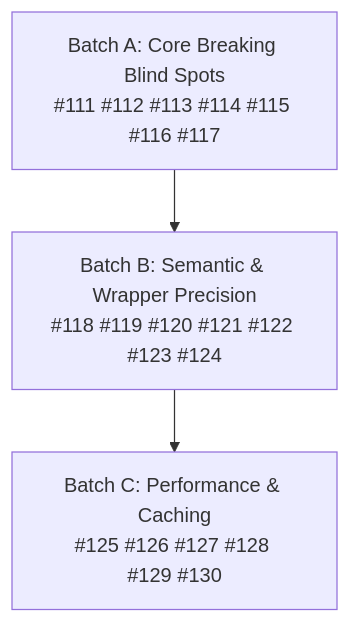
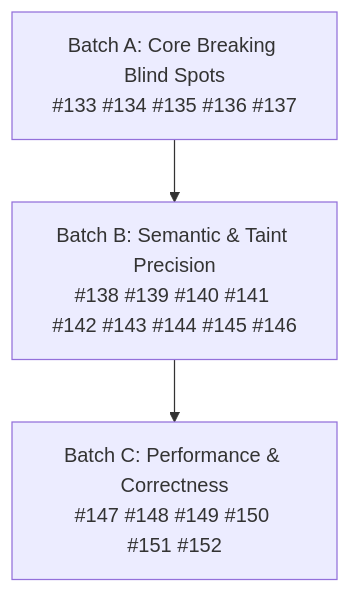
The diagram in docs/roadmap.md (23skdu/terraform_ast), drawn with Mermaid before and after one commit. The commit also changed other lines of this file and 17 other files, not shown here.

Commit message:
feat: resolve Pass 8 roadmap items (#133-#152) and update docs

````diff
--- a/docs/roadmap.md
+++ b/docs/roadmap.md
@@ -524,5 +304,5 @@
 ```mermaid
 flowchart TD
-    A["Batch A: Core Breaking Blind Spots<br/>#111 #112 #113 #114 #115 #116 #117"] --> B["Batch B: Semantic & Wrapper Precision<br/>#118 #119 #120 #121 #122 #123 #124"]
-    B --> C["Batch C: Performance & Caching<br/>#125 #126 #127 #128 #129 #130"]
+    A["Batch A: Core Breaking Blind Spots<br/>#133 #134 #135 #136 #137"] --> B["Batch B: Semantic & Taint Precision<br/>#138 #139 #140 #141 #142 #143 #144 #145 #146"]
+    B --> C["Batch C: Performance & Correctness<br/>#147 #148 #149 #150 #151 #152"]
 ```
````
